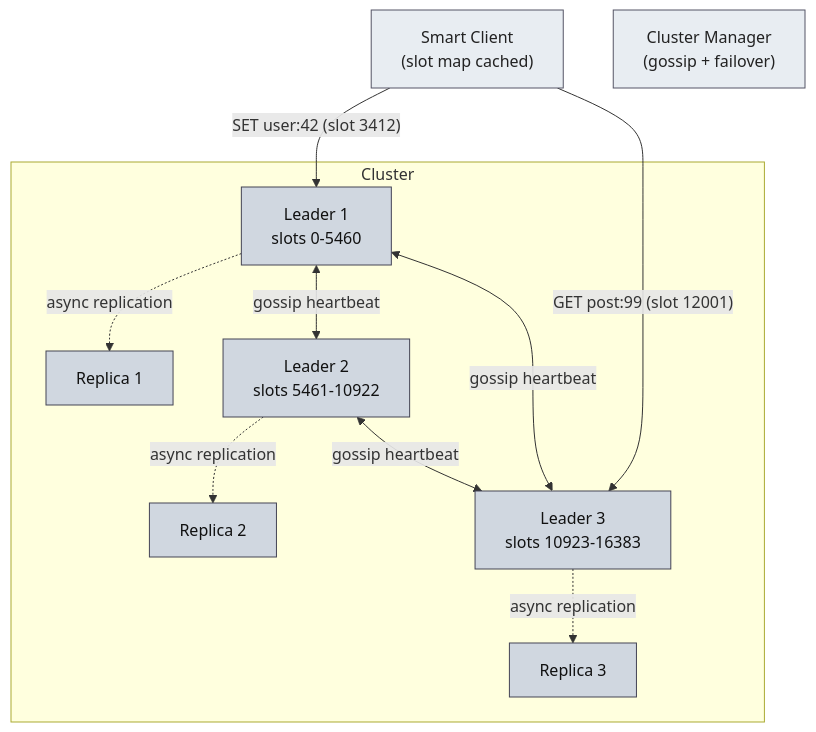
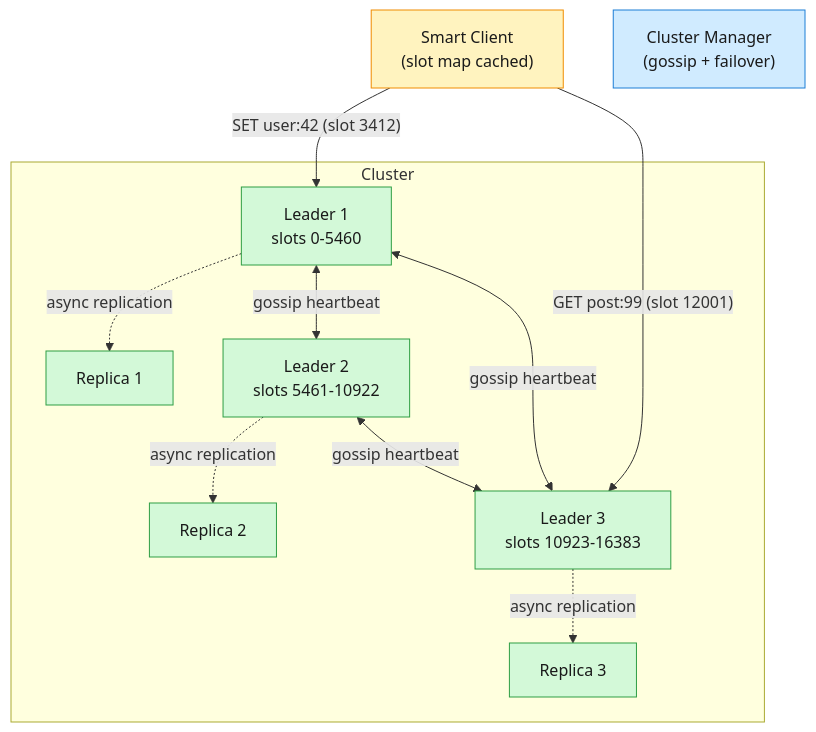
One commit to iliazlobin/iliazlobin.github.io changed the second of 2 diagrams in _designs/system-design-distributed-cache.md. Above: the diagram before and after it, drawn with Mermaid. The commit also changed other lines of this file and 7 other files, not shown here.

First line of the commit message:
designs: fix Stock Trading — empty callouts + monochrome diagrams (#97)

````diff
--- a/_designs/system-design-distributed-cache.md
+++ b/_designs/system-design-distributed-cache.md
@@ -104,25 +108,27 @@
 ```mermaid
 flowchart TB
     Client["Smart Client<br/>(slot map cached)"]
     CM["Cluster Manager<br/>(gossip + failover)"]
     subgraph Cluster
         L1["Leader 1<br/>slots 0-5460"]
         R1["Replica 1"]
         L2["Leader 2<br/>slots 5461-10922"]
         R2["Replica 2"]
         L3["Leader 3<br/>slots 10923-16383"]
         R3["Replica 3"]
     end
     Client -- "SET user:42 (slot 3412)" --> L1
     Client -- "GET post:99 (slot 12001)" --> L3
     L1 -.->|async replication| R1
     L2 -.->|async replication| R2
     L3 -.->|async replication| R3
     L1 <-->|gossip heartbeat| L2
     L2 <-->|gossip heartbeat| L3
     L3 <-->|gossip heartbeat| L1
-    classDef light fill:#e8edf2,stroke:#556,color:#222
-    classDef dark fill:#d0d7e0,stroke:#445,color:#111
-    class Client,CM light
-    class L1,L2,L3,R1,R2,R3 dark
+    classDef edge fill:#fff3bf,stroke:#f08c00,color:#1a1a1a
+    classDef svc fill:#d0ebff,stroke:#1c7ed6,color:#1a1a1a
+    classDef store fill:#d3f9d8,stroke:#2f9e44,color:#1a1a1a
+    class Client edge
+    class CM svc
+    class L1,L2,L3,R1,R2,R3 store
 ```
````
